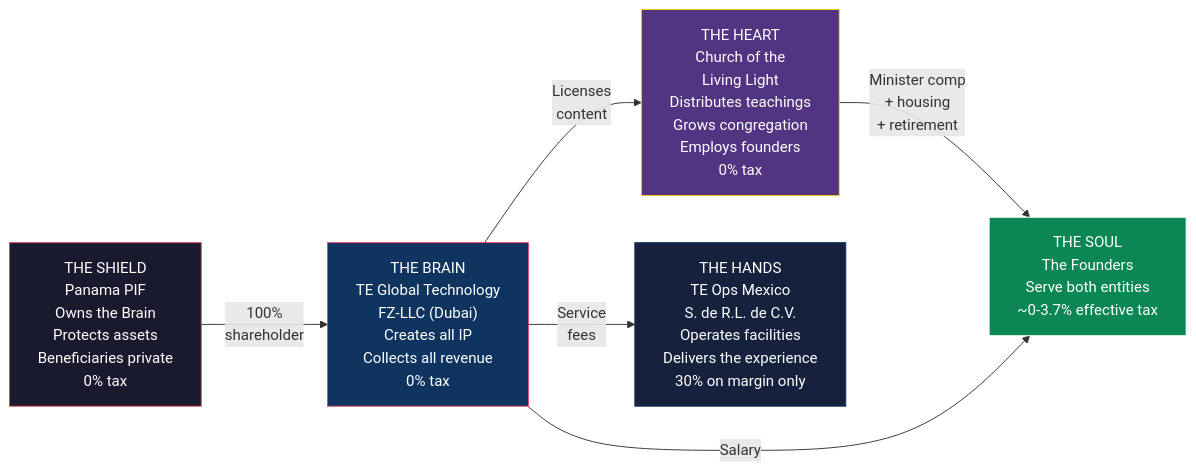
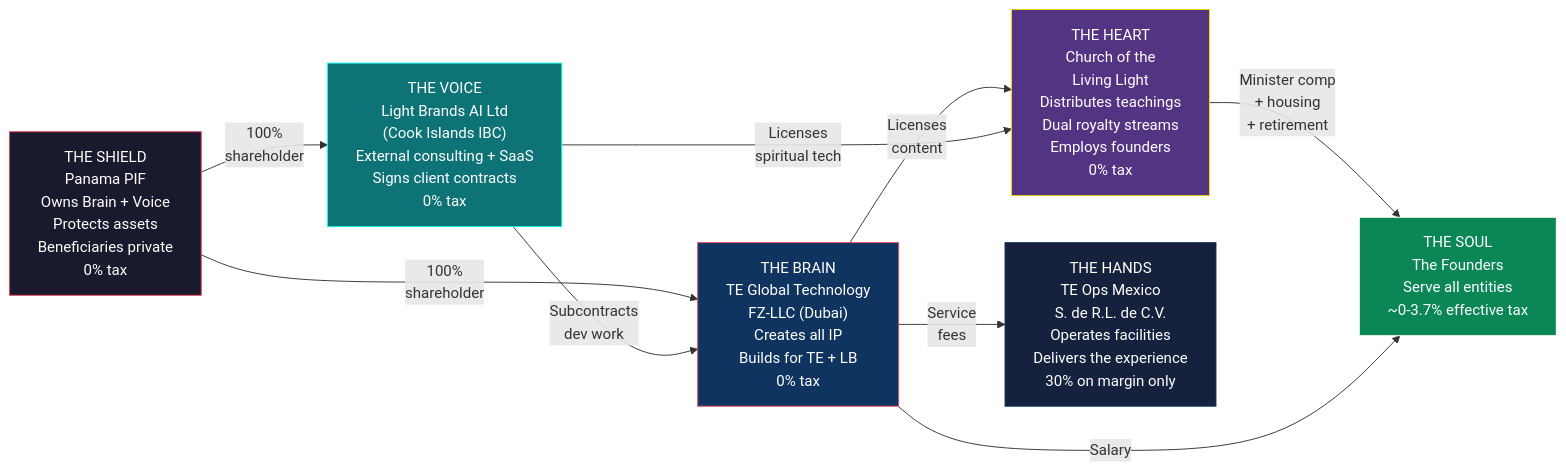
Before and after one commit to Light-Brands/epic-center: the first of 3 diagrams in docs/tax-structure/01-MASTER-STRUCTURE.md, drawn with Mermaid. The commit also changed other lines of this file and 7 other files, not shown here.

First line of the commit message:
Integrate Light Brands AI (Cook Islands IBC) into tax structure docs

````diff
--- a/docs/tax-structure/01-MASTER-STRUCTURE.md
+++ b/docs/tax-structure/01-MASTER-STRUCTURE.md
@@ -16,24 +16,30 @@
 ```mermaid
 graph LR
-    BRAIN["THE BRAIN<br/>TE Global Technology<br/>FZ-LLC (Dubai)<br/>Creates all IP<br/>Collects all revenue<br/>0% tax"]
+    BRAIN["THE BRAIN<br/>TE Global Technology<br/>FZ-LLC (Dubai)<br/>Creates all IP<br/>Builds for TE + LB<br/>0% tax"]
 
-    SHIELD["THE SHIELD<br/>Panama PIF<br/>Owns the Brain<br/>Protects assets<br/>Beneficiaries private<br/>0% tax"]
+    VOICE["THE VOICE<br/>Light Brands AI Ltd<br/>(Cook Islands IBC)<br/>External consulting + SaaS<br/>Signs client contracts<br/>0% tax"]
 
-    HEART["THE HEART<br/>Church of the<br/>Living Light<br/>Distributes teachings<br/>Grows congregation<br/>Employs founders<br/>0% tax"]
+    SHIELD["THE SHIELD<br/>Panama PIF<br/>Owns Brain + Voice<br/>Protects assets<br/>Beneficiaries private<br/>0% tax"]
+
+    HEART["THE HEART<br/>Church of the<br/>Living Light<br/>Distributes teachings<br/>Dual royalty streams<br/>Employs founders<br/>0% tax"]
 
     HANDS["THE HANDS<br/>TE Ops Mexico<br/>S. de R.L. de C.V.<br/>Operates facilities<br/>Delivers the experience<br/>30% on margin only"]
 
-    SOUL["THE SOUL<br/>The Founders<br/>Serve both entities<br/>~0-3.7% effective tax"]
+    SOUL["THE SOUL<br/>The Founders<br/>Serve all entities<br/>~0-3.7% effective tax"]
 
     SHIELD -->|"100%<br/>shareholder"| BRAIN
+    SHIELD -->|"100%<br/>shareholder"| VOICE
     BRAIN -->|"Licenses<br/>content"| HEART
+    VOICE -->|"Licenses<br/>spiritual tech"| HEART
+    VOICE -->|"Subcontracts<br/>dev work"| BRAIN
     BRAIN -->|"Service<br/>fees"| HANDS
     HEART -->|"Minister comp<br/>+ housing<br/>+ retirement"| SOUL
     BRAIN -->|"Salary"| SOUL
 
     style BRAIN fill:#0f3460,stroke:#e94560,color:#fff
+    style VOICE fill:#0d7377,stroke:#14ffec,color:#fff
     style SHIELD fill:#1a1a2e,stroke:#e94560,color:#fff
     style HEART fill:#533483,stroke:#ffd700,color:#fff
     style HANDS fill:#16213e,stroke:#0f3460,color:#fff
     style SOUL fill:#0a8754,stroke:#fff,color:#fff
 ```
````
